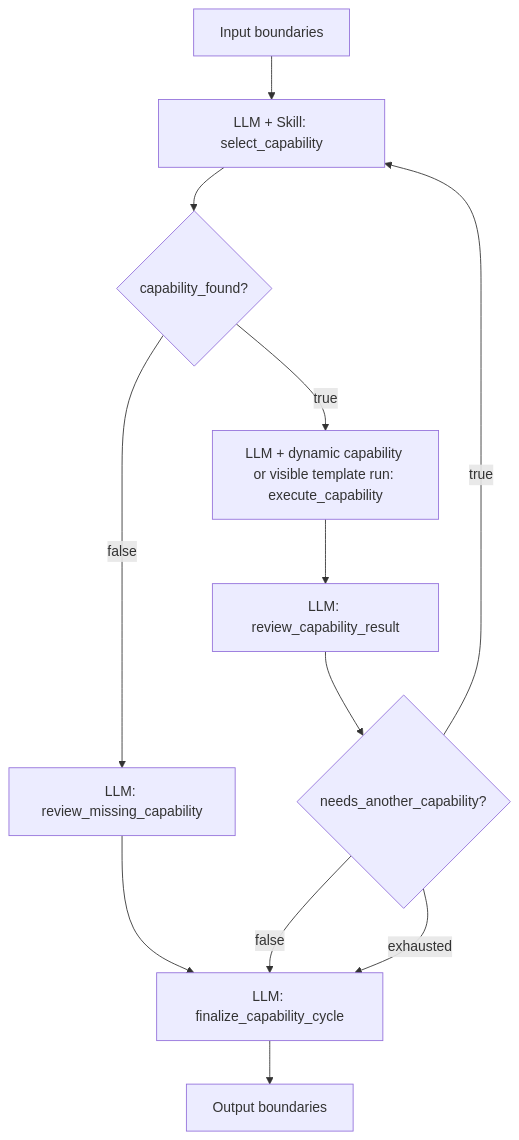
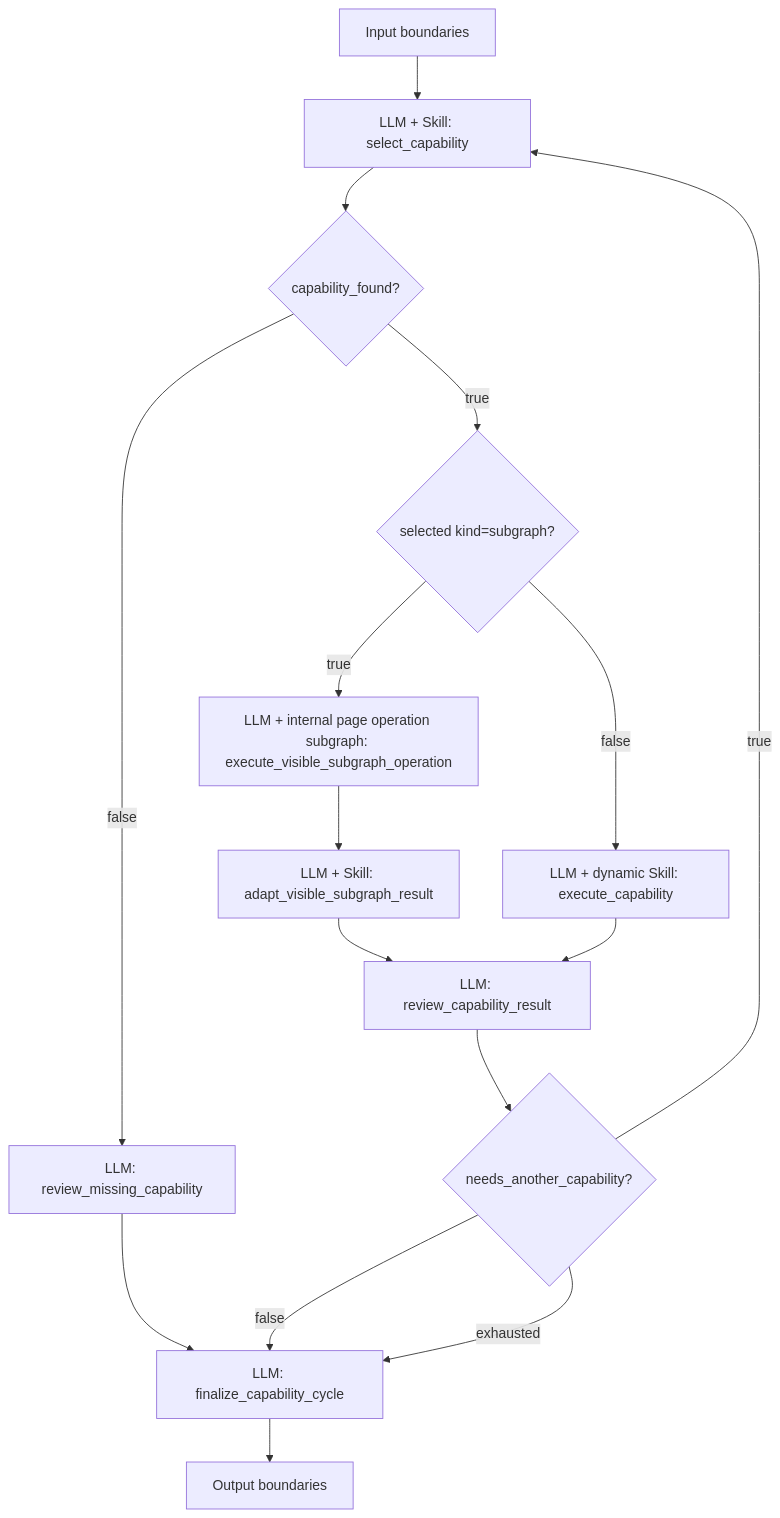
One commit to link-1069/TooGraph changed the third of 4 diagrams in docs/future/buddy-autonomous-agent-roadmap.md. Above: the diagram before and after it, drawn with Mermaid. The commit also changed other lines of this file and 29 other files, not shown here.

Commit message:
拆出伙伴内部子图模板

````diff
--- a/docs/future/buddy-autonomous-agent-roadmap.md
+++ b/docs/future/buddy-autonomous-agent-roadmap.md
@@ -255,14 +255,18 @@
 ```mermaid
 flowchart TD
   A[Input boundaries] --> S[LLM + Skill: select_capability]
   S --> F{capability_found?}
   F -- false --> G[LLM: review_missing_capability]
   G --> Z[LLM: finalize_capability_cycle]
-  F -- true --> X[LLM + dynamic capability or visible template run: execute_capability]
+  F -- true --> K{selected kind=subgraph?}
+  K -- false --> X[LLM + dynamic Skill: execute_capability]
+  K -- true --> V[LLM + internal page operation subgraph: execute_visible_subgraph_operation]
+  V --> A2[LLM + Skill: adapt_visible_subgraph_result]
+  A2 --> R[LLM: review_capability_result]
   X --> R[LLM: review_capability_result]
   R --> C{needs_another_capability?}
   C -- true --> S
   C -- false --> Z
   C -- exhausted --> Z
   Z --> O[Output boundaries]
 ```
````
